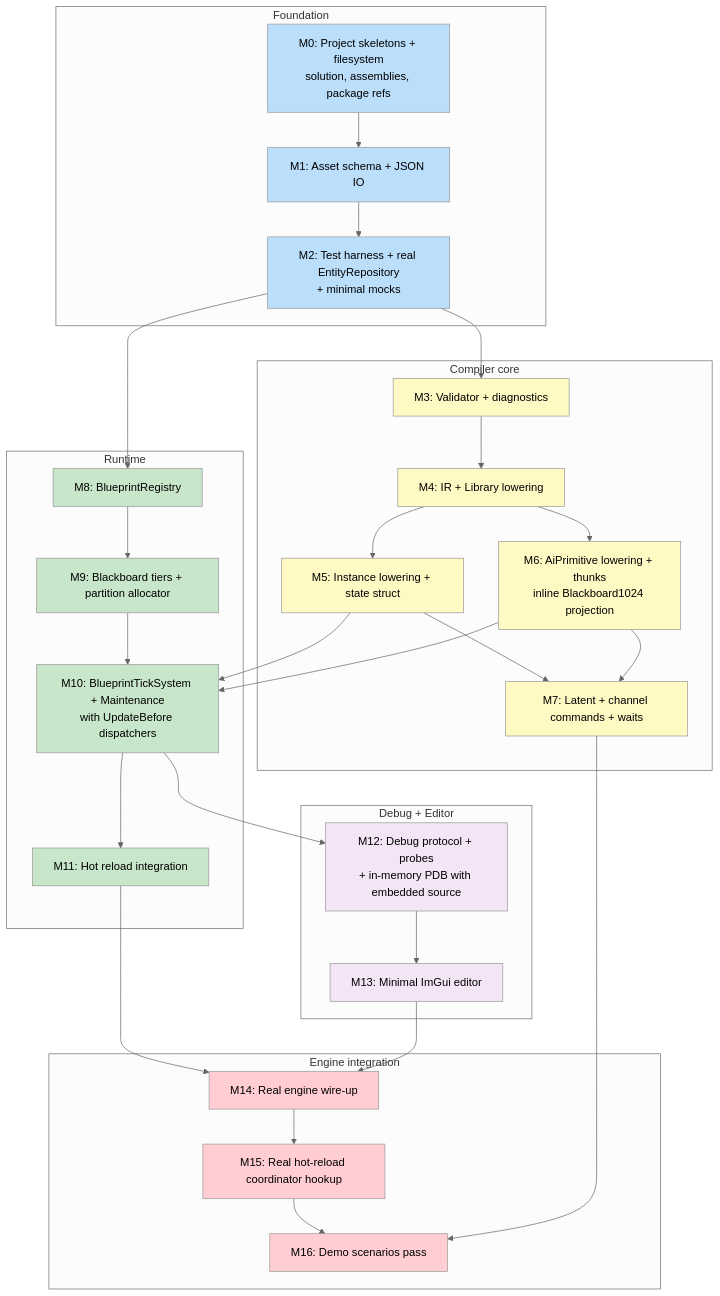
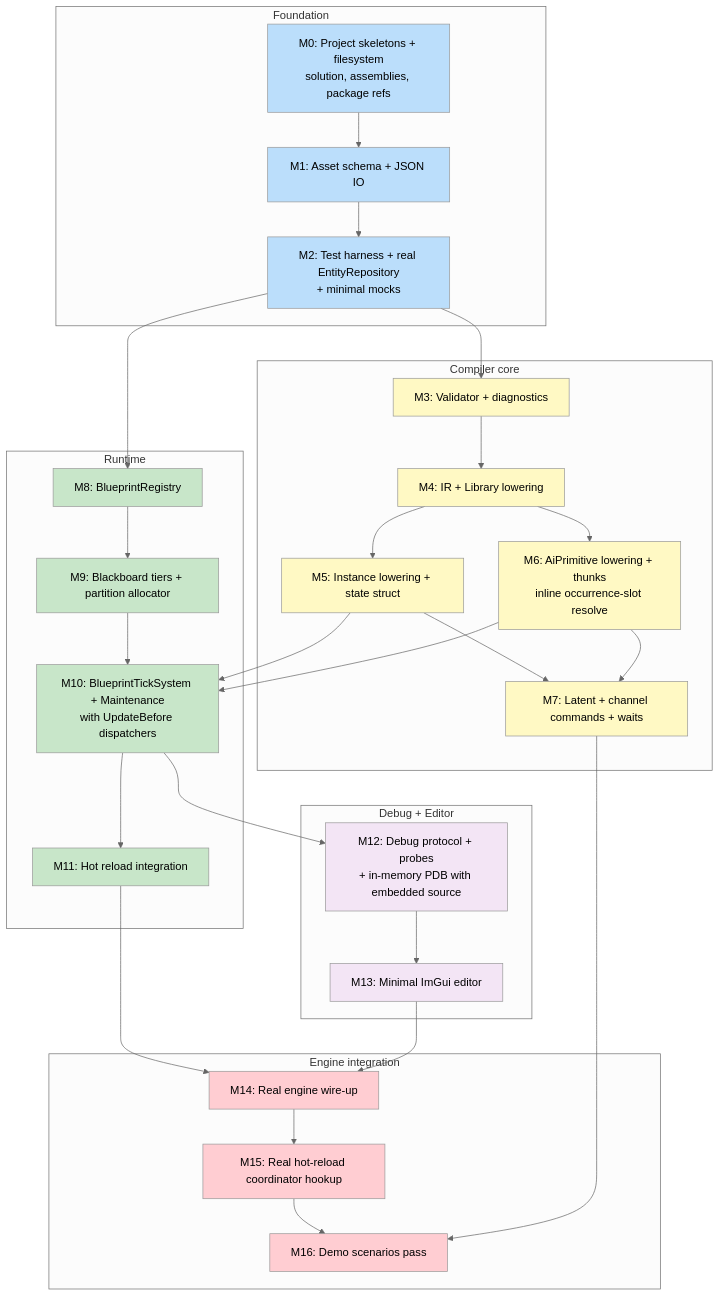
One commit to pjanec/HROT changed the diagram in docs/blueprints/Blueprint_Subsystem_Implementation_Roadmap_v1.1.md. Above: the diagram before and after it, drawn with Mermaid (neutral theme). The commit also changed other lines of this file and 2 other files, not shown here.

First line of the commit message:
docs: the roadmap and the binding status doc taught a thunk shape the emitter no longer emits

````diff
--- a/docs/blueprints/Blueprint_Subsystem_Implementation_Roadmap_v1.1.md
+++ b/docs/blueprints/Blueprint_Subsystem_Implementation_Roadmap_v1.1.md
@@ -136,78 +136,78 @@
 ```mermaid
 graph TD
     subgraph "Foundation"
         F1[M0: Project skeletons + filesystem<br/>solution, assemblies, package refs]
         F2[M1: Asset schema + JSON IO]
         F3[M2: Test harness + real EntityRepository<br/>+ minimal mocks]
     end
 
     subgraph "Compiler core"
         C1[M3: Validator + diagnostics]
         C2[M4: IR + Library lowering]
         C3[M5: Instance lowering + state struct]
-        C4[M6: AiPrimitive lowering + thunks<br/>inline Blackboard1024 projection]
+        C4[M6: AiPrimitive lowering + thunks<br/>inline occurrence-slot resolve]
         C5[M7: Latent + channel commands + waits]
     end
 
     subgraph "Runtime"
         R1[M8: BlueprintRegistry]
         R2[M9: Blackboard tiers + partition allocator]
         R3[M10: BlueprintTickSystem + Maintenance<br/>with UpdateBefore dispatchers]
         R4[M11: Hot reload integration]
     end
 
     subgraph "Debug + Editor"
         D1[M12: Debug protocol + probes<br/>+ in-memory PDB with embedded source]
         D2[M13: Minimal ImGui editor]
     end
 
     subgraph "Engine integration"
         E1[M14: Real engine wire-up]
         E2[M15: Real hot-reload coordinator hookup]
         E3[M16: Demo scenarios pass]
     end
 
     F1 --> F2
     F2 --> F3
     F3 --> C1
     C1 --> C2
     C2 --> C3
     C2 --> C4
     C3 --> C5
     C4 --> C5
 
     F3 --> R1
     R1 --> R2
     R2 --> R3
     R3 --> R4
 
     C3 --> R3
     C4 --> R3
 
     R3 --> D1
     D1 --> D2
 
     R4 --> E1
     D2 --> E1
     E1 --> E2
     E2 --> E3
     C5 --> E3
 
     style F1 fill:#bbdefb
     style F2 fill:#bbdefb
     style F3 fill:#bbdefb
     style C1 fill:#fff9c4
     style C2 fill:#fff9c4
     style C3 fill:#fff9c4
     style C4 fill:#fff9c4
     style C5 fill:#fff9c4
     style R1 fill:#c8e6c9
     style R2 fill:#c8e6c9
     style R3 fill:#c8e6c9
     style R4 fill:#c8e6c9
     style D1 fill:#f3e5f5
     style D2 fill:#f3e5f5
     style E1 fill:#ffcdd2
     style E2 fill:#ffcdd2
     style E3 fill:#ffcdd2
 ```
````
